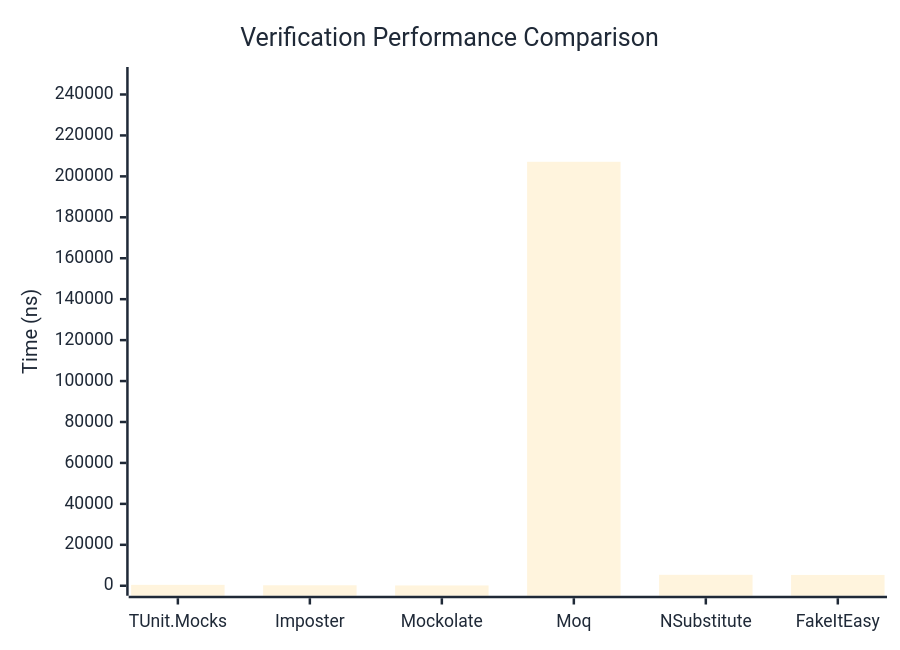
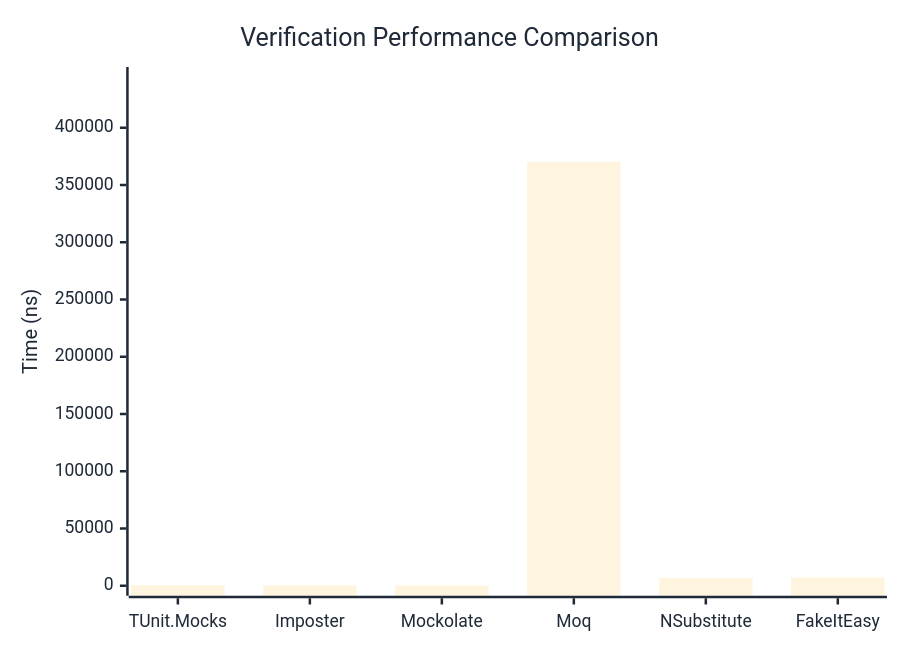
Before and after one commit to thomhurst/TUnit: the first of 3 diagrams in docs/docs/benchmarks/mocks/Verification.md, drawn with Mermaid. The commit also changed other lines of this file and 14 other files, not shown here.

````diff
--- a/docs/docs/benchmarks/mocks/Verification.md
+++ b/docs/docs/benchmarks/mocks/Verification.md
@@ -30,27 +30,27 @@
 ```mermaid
 %%{init: {
   'theme':'base',
   'themeVariables': {
     'primaryColor': '#2563eb',
     'primaryTextColor': '#1f2937',
     'primaryBorderColor': '#1e40af',
     'lineColor': '#6b7280',
     'secondaryColor': '#7c3aed',
     'tertiaryColor': '#dc2626',
     'background': '#ffffff',
     'pie1': '#2563eb',
     'pie2': '#7c3aed',
     'pie3': '#dc2626',
     'pie4': '#f59e0b',
     'pie5': '#10b981',
     'pie6': '#06b6d4',
     'pie7': '#ec4899',
     'pie8': '#6366f1'
   }
 }}%%
 xychart-beta
   title "Verification Performance Comparison"
   x-axis ["TUnit.Mocks", "Imposter", "Mockolate", "Moq", "NSubstitute", "FakeItEasy"]
-  y-axis "Time (ns)" 0 --> 248544
-  bar [434.57, 230.93, 152.29, 207119.9, 5344.59, 5288.51]
+  y-axis "Time (ns)" 0 --> 444317
+  bar [505.29, 281.49, 187.29, 370263.9, 6810.69, 7182.72]
 ```
````
